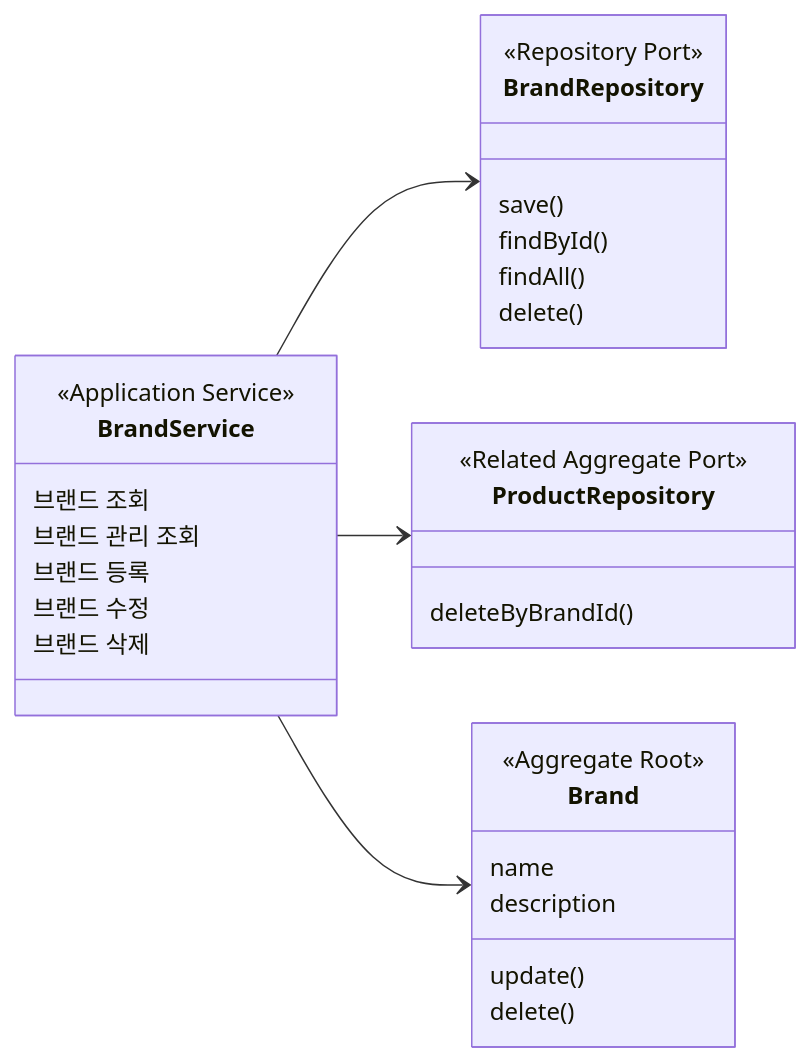
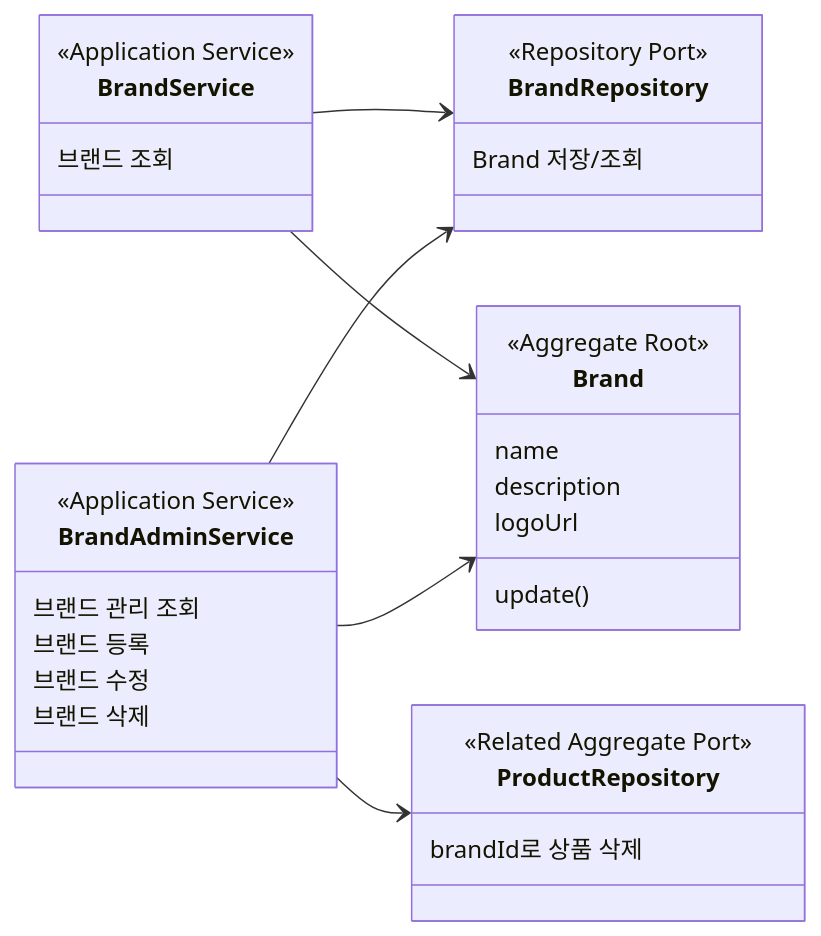
One commit to loopers-labs/loop-pack-be-l2-vol4-java changed the second of 5 diagrams in docs/week2/03-class-diagram.md. Above: the diagram before and after it, drawn with Mermaid. The commit also changed other lines of this file and 3 other files, not shown here.

````diff
--- a/docs/week2/03-class-diagram.md
+++ b/docs/week2/03-class-diagram.md
@@ -89,38 +89,41 @@
 ```mermaid
 classDiagram
     direction LR
 
     class Brand {
         <<Aggregate Root>>
         name
         description
+        logoUrl
         update()
-        delete()
     }
 
     class BrandRepository {
         <<Repository Port>>
-        save()
-        findById()
-        findAll()
-        delete()
+        Brand 저장/조회
     }
 
     class ProductRepository {
         <<Related Aggregate Port>>
-        deleteByBrandId()
+        brandId로 상품 삭제
     }
 
     class BrandService {
         <<Application Service>>
         브랜드 조회
+    }
+
+    class BrandAdminService {
+        <<Application Service>>
         브랜드 관리 조회
         브랜드 등록
         브랜드 수정
         브랜드 삭제
     }
 
     BrandService --> BrandRepository
-    BrandService --> ProductRepository
     BrandService --> Brand
+    BrandAdminService --> BrandRepository
+    BrandAdminService --> ProductRepository
+    BrandAdminService --> Brand
 ```
````
